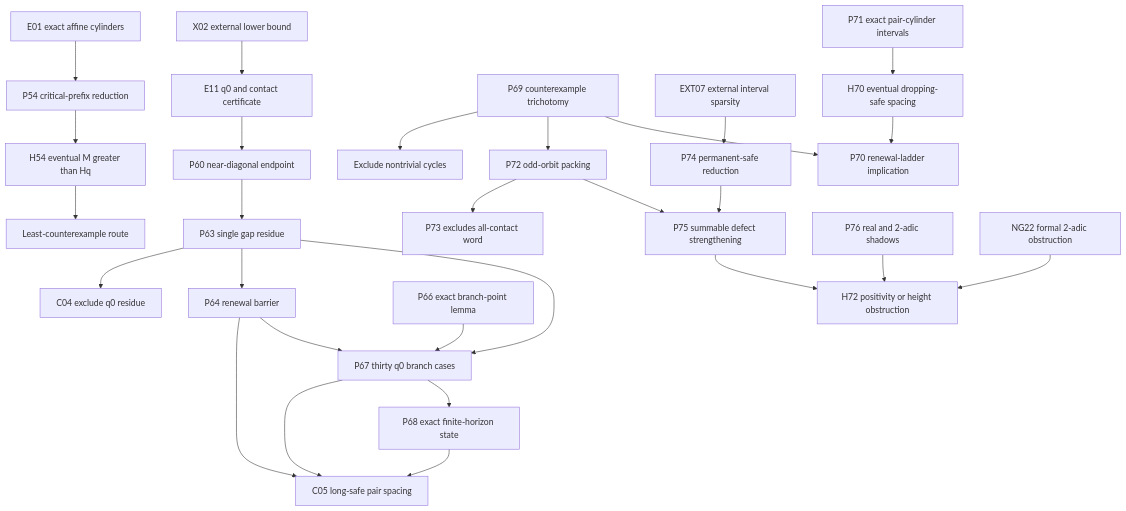
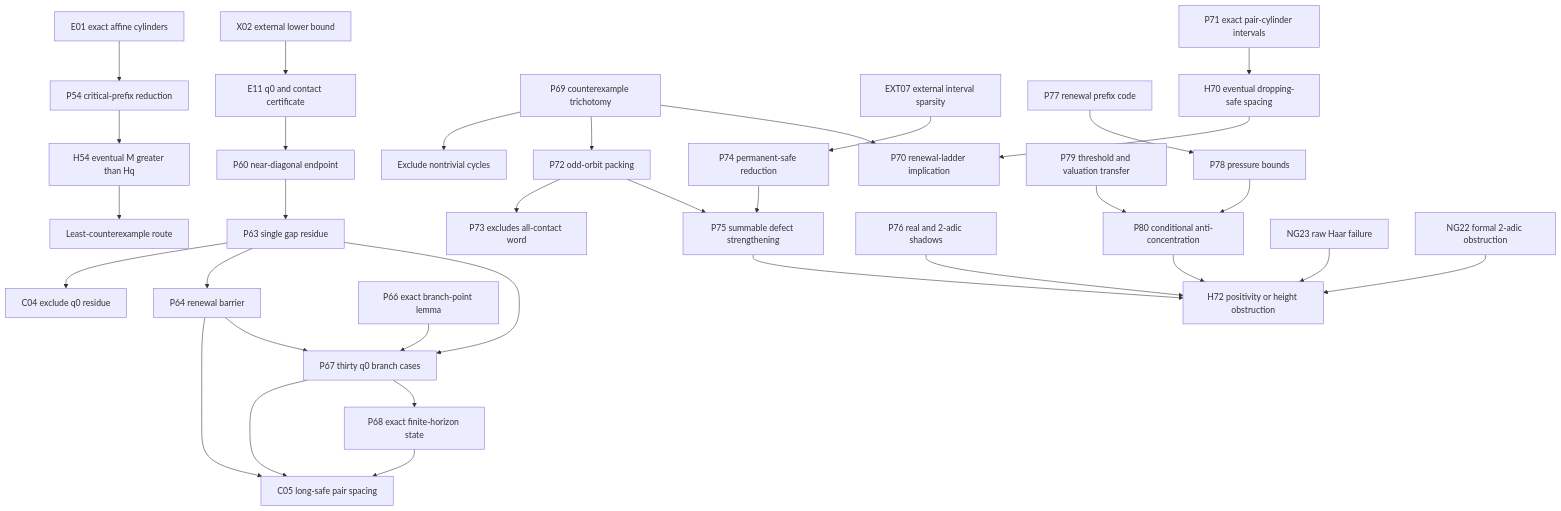
One commit to fumiki-t/Collatz-conjecture changed the diagram in docs/AI_RESEARCH_GUIDE.md. Above: the diagram before and after it, drawn with Mermaid. The commit also changed other lines of this file and 18 other files, not shown here.

````diff
--- a/docs/AI_RESEARCH_GUIDE.md
+++ b/docs/AI_RESEARCH_GUIDE.md
@@ -48,32 +48,37 @@
 ```mermaid
 flowchart TD
     E01["E01 exact affine cylinders"] --> P54["P54 critical-prefix reduction"]
     P54 --> H54["H54 eventual M greater than Hq"]
     H54 --> Goal["Least-counterexample route"]
 
     X02["X02 external lower bound"] --> E11["E11 q0 and contact certificate"]
     E11 --> P60["P60 near-diagonal endpoint"]
     P60 --> P63["P63 single gap residue"]
     P63 --> C04["C04 exclude q0 residue"]
     P63 --> P64["P64 renewal barrier"]
     P64 --> C05["C05 long-safe pair spacing"]
     P66["P66 exact branch-point lemma"] --> P67["P67 thirty q0 branch cases"]
     P63 --> P67
     P64 --> P67
     P67 --> C05
     P67 --> P68["P68 exact finite-horizon state"]
     P68 --> C05
 
     P69["P69 counterexample trichotomy"] --> Cycle["Exclude nontrivial cycles"]
     P69 --> P72["P72 odd-orbit packing"]
     P72 --> P73["P73 excludes all-contact word"]
     EXT07["EXT07 external interval sparsity"] --> P74["P74 permanent-safe reduction"]
     P74 --> P75["P75 summable defect strengthening"]
     P72 --> P75
     P75 --> H72["H72 positivity or height obstruction"]
     P76["P76 real and 2-adic shadows"] --> H72
+    P77["P77 renewal prefix code"] --> P78["P78 pressure bounds"]
+    P78 --> P80["P80 conditional anti-concentration"]
+    P79["P79 threshold and valuation transfer"] --> P80
+    P80 --> H72
+    NG23["NG23 raw Haar failure"] --> H72
     NG22["NG22 formal 2-adic obstruction"] --> H72
     P69 --> P70["P70 renewal-ladder implication"]
     H70["H70 eventual dropping-safe spacing"] --> P70
     P71["P71 exact pair-cylinder intervals"] --> H70
 ```
````
